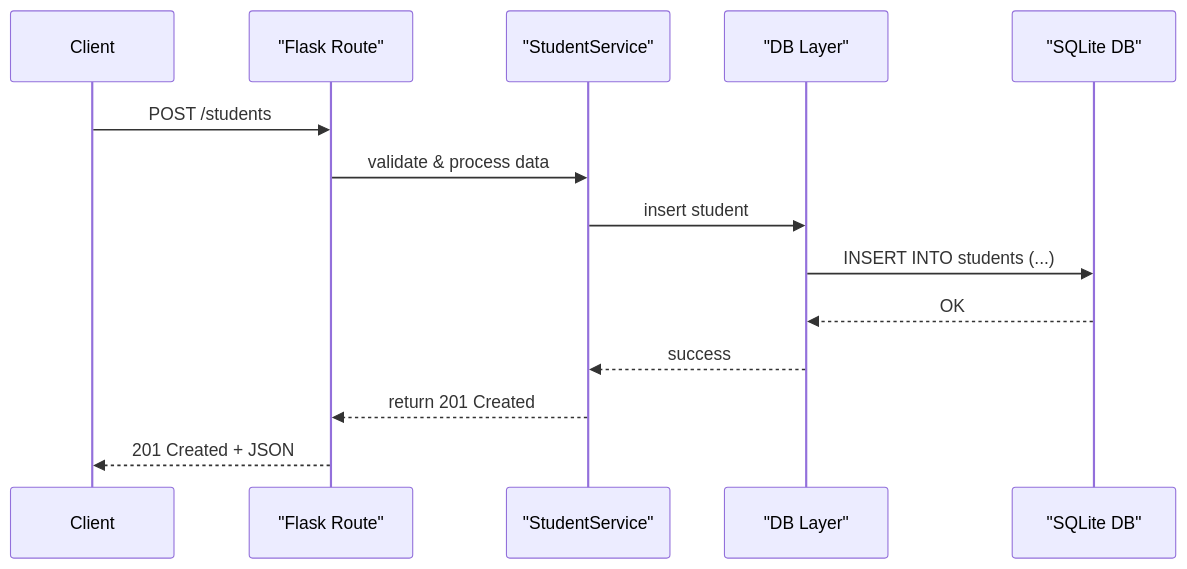
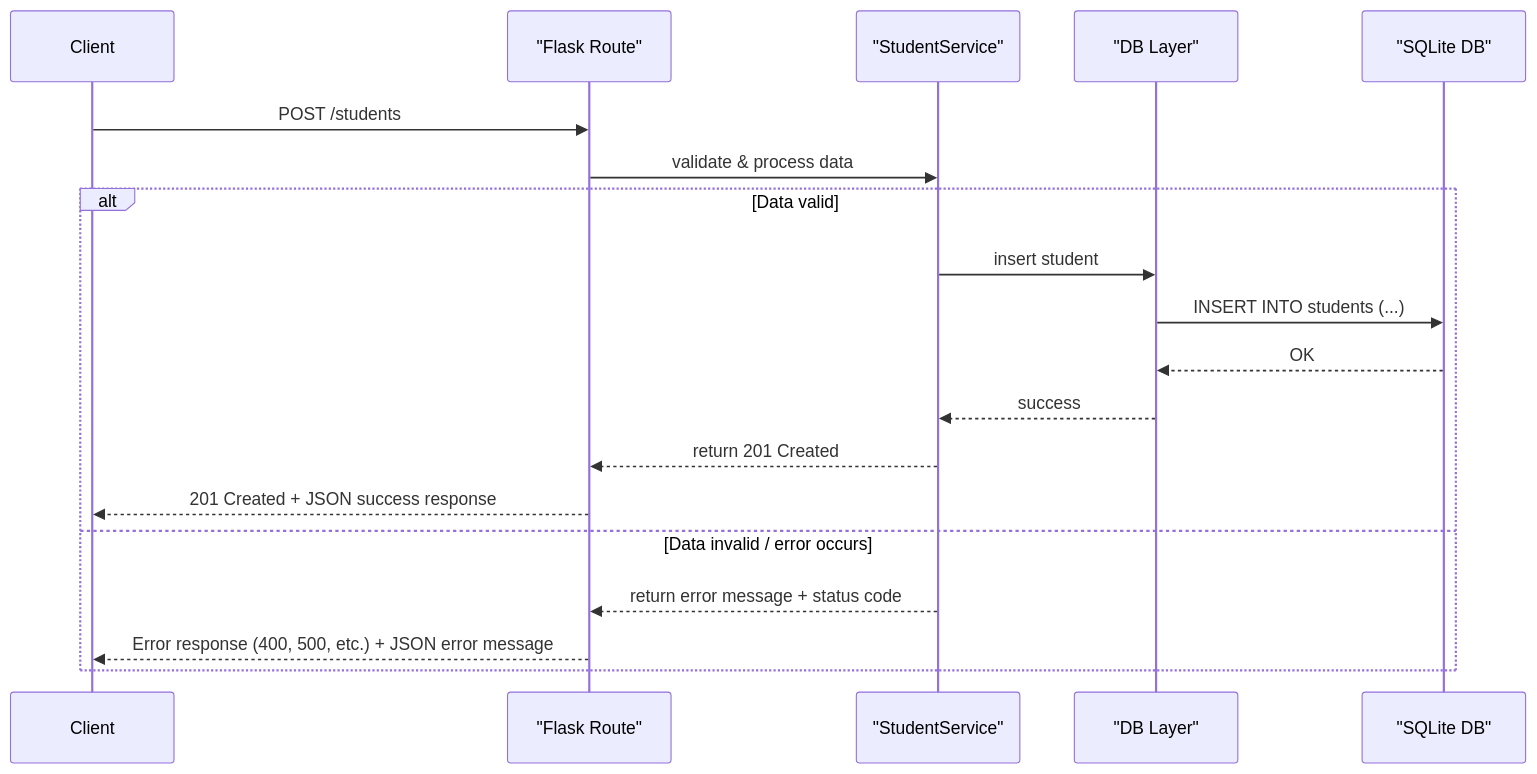
Before and after one commit to victoriacheng15/school-management-api: the second of 2 diagrams in docs/architecture.md, drawn with Mermaid. The commit also changed other lines of this file and 3 other files, not shown here.

````diff
--- a/docs/architecture.md
+++ b/docs/architecture.md
@@ -35,17 +50,22 @@
 ```mermaid
 sequenceDiagram
     participant Client
     participant Flask as "Flask Route"
     participant Service as "StudentService"
     participant DB as "DB Layer"
     participant SQLite as "SQLite DB"
 
     Client->>Flask: POST /students
     Flask->>Service: validate & process data
-    Service->>DB: insert student
-    DB->>SQLite: INSERT INTO students (...)
-    SQLite-->>DB: OK
-    DB-->>Service: success
-    Service-->>Flask: return 201 Created
-    Flask-->>Client: 201 Created + JSON
+    alt Data valid
+        Service->>DB: insert student
+        DB->>SQLite: INSERT INTO students (...)
+        SQLite-->>DB: OK
+        DB-->>Service: success
+        Service-->>Flask: return 201 Created
+        Flask-->>Client: 201 Created + JSON success response
+    else Data invalid / error occurs
+        Service-->>Flask: return error message + status code
+        Flask-->>Client: Error response (400, 500, etc.) + JSON error message
+    end
 ```
````
